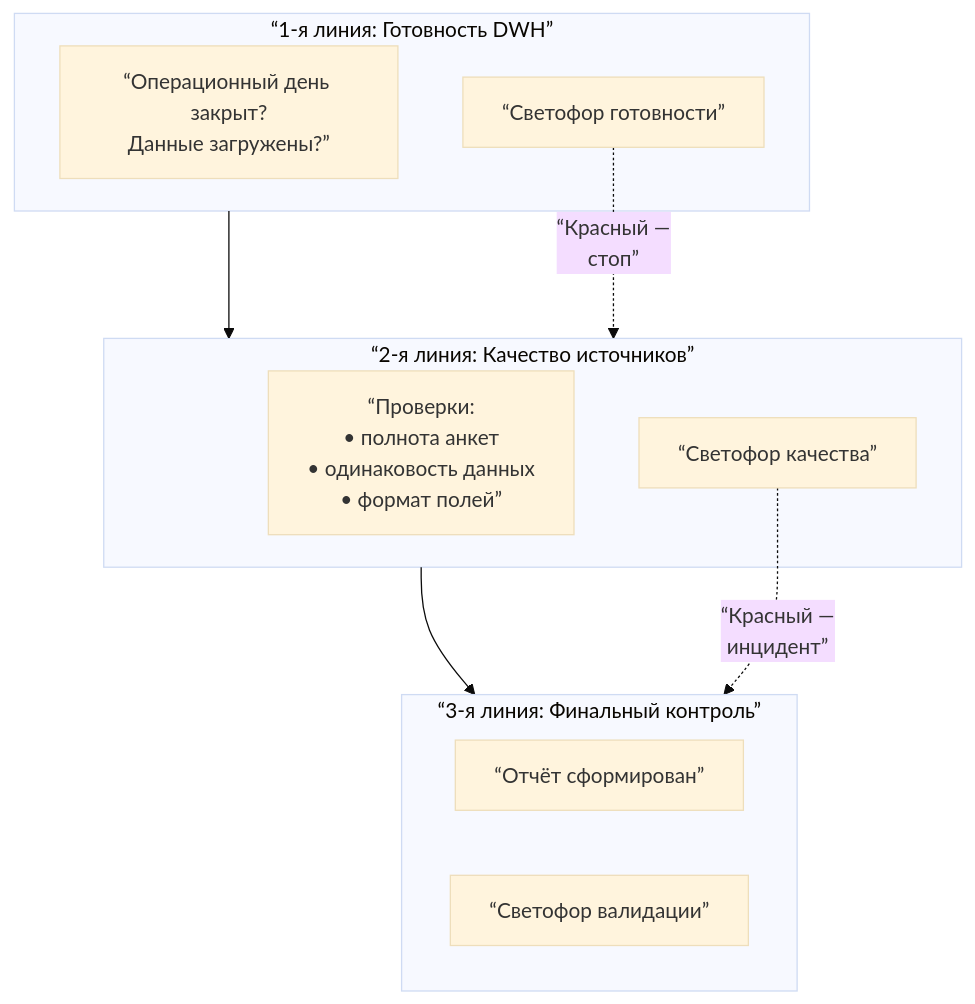
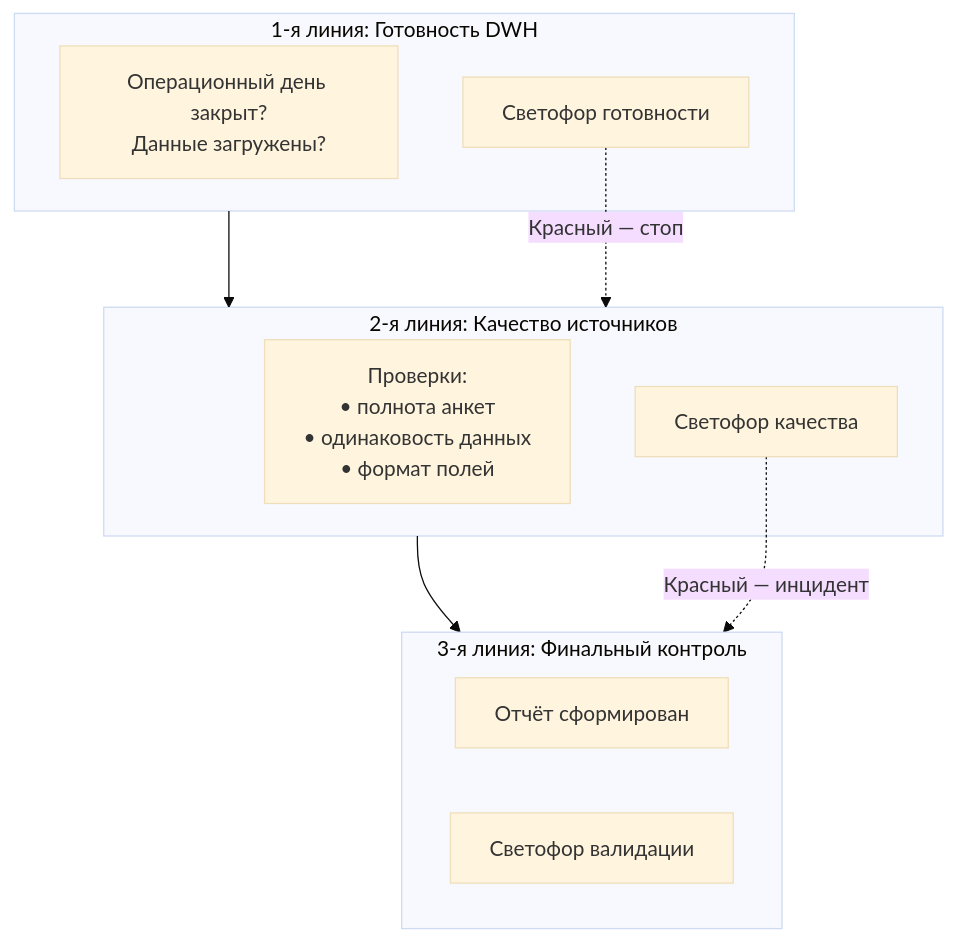
One commit to bpmbpm/doc changed the third of 13 diagrams in EA/DataQuality/case/case1/course/course_v2.md. Above: the diagram before and after it, drawn with Mermaid (base theme). The commit also changed other lines of this file, not shown here.

````diff
--- a/EA/DataQuality/case/case1/course/course_v2.md
+++ b/EA/DataQuality/case/case1/course/course_v2.md
@@ -65,22 +64,22 @@
 ```mermaid
 flowchart TD
-    subgraph LINE1 [“1-я линия: Готовность DWH”]
-        L1_READY[“Операционный день закрыт?<br>Данные загружены?”]
-        L1_OUT[“Светофор готовности”]
+    subgraph LINE1 ["1-я линия: Готовность DWH"]
+        L1_READY["Операционный день закрыт?<br>Данные загружены?"]
+        L1_OUT["Светофор готовности"]
     end
     
-    subgraph LINE2 [“2-я линия: Качество источников”]
-        L2_CHECKS[“Проверки:<br>• полнота анкет<br>• одинаковость данных<br>• формат полей”]
-        L2_OUT[“Светофор качества”]
+    subgraph LINE2 ["2-я линия: Качество источников"]
+        L2_CHECKS["Проверки:<br>• полнота анкет<br>• одинаковость данных<br>• формат полей"]
+        L2_OUT["Светофор качества"]
     end
     
-    subgraph LINE3 [“3-я линия: Финальный контроль”]
-        L3_REPORT[“Отчёт сформирован”]
-        L3_OUT[“Светофор валидации”]
+    subgraph LINE3 ["3-я линия: Финальный контроль"]
+        L3_REPORT["Отчёт сформирован"]
+        L3_OUT["Светофор валидации"]
     end
     
     LINE1 --> LINE2 --> LINE3
     
-    L1_OUT -.->|“Красный —<br>стоп”| LINE2
-    L2_OUT -.->|“Красный —<br>инцидент”| LINE3
+    L1_OUT -.->|"Красный — стоп"| LINE2
+    L2_OUT -.->|"Красный — инцидент"| LINE3
 ```
````
